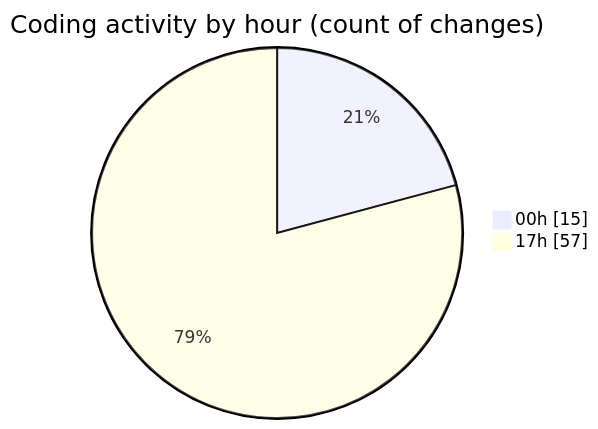
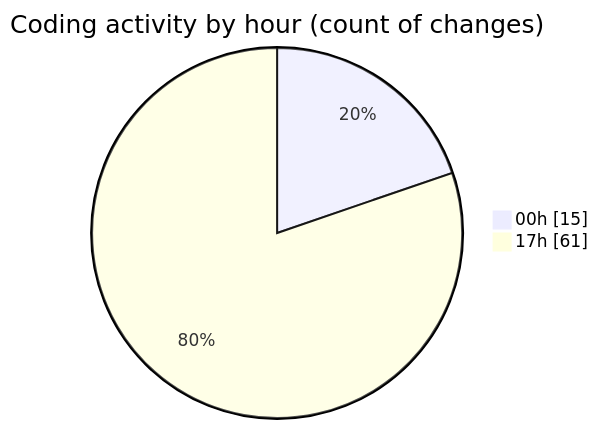
One commit to Netris89/code-tracking changed the second of 2 diagrams in 2025-04-06/echo/README.md. Above: the diagram before and after it, drawn with Mermaid. The commit also changed other lines of this file and 1 other file, not shown here.

````diff
--- a/2025-04-06/echo/README.md
+++ b/2025-04-06/echo/README.md
@@ -37,6 +37,6 @@
 ```mermaid
 pie showData
 title Coding activity by hour (count of changes)
 "00h" : 15
-"17h" : 57
+"17h" : 61
 ```
````
